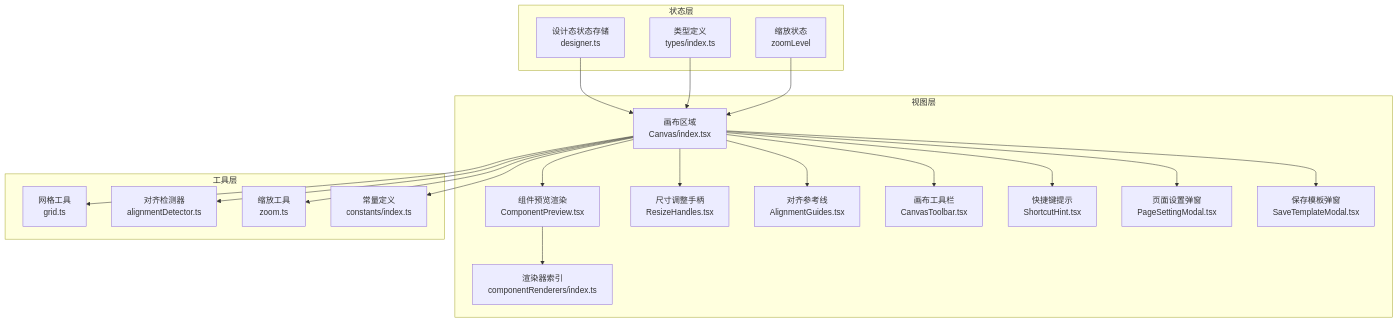
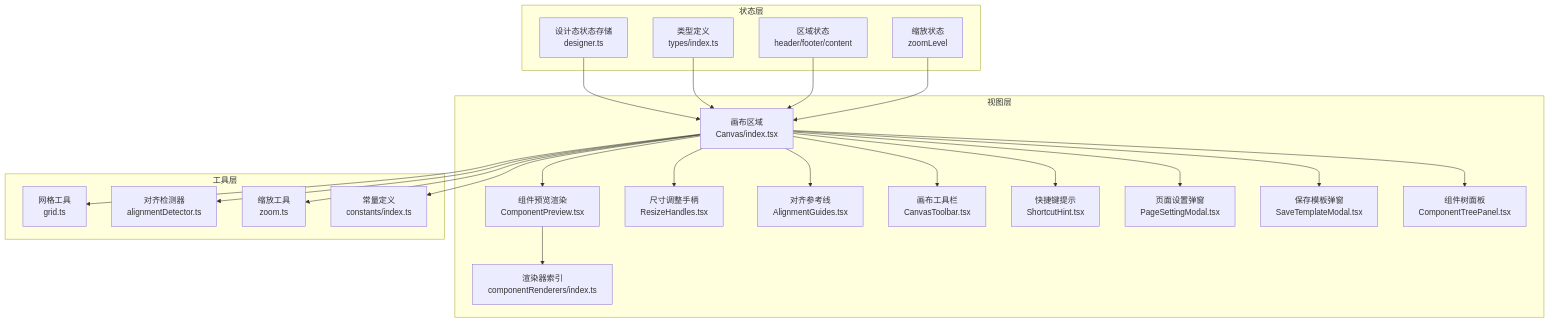
Before and after one commit to joker-yjc/printer: the second of 7 diagrams in .qoder/repowiki/zh/content/设计器前端应用/可视化设计界面/画布编辑器.md, drawn with Mermaid. The commit also changed other lines of this file and 16 other files, not shown here.

````diff
--- a/.qoder/repowiki/zh/content/设计器前端应用/可视化设计界面/画布编辑器.md
+++ b/.qoder/repowiki/zh/content/设计器前端应用/可视化设计界面/画布编辑器.md
@@ -136,40 +143,44 @@
 ```mermaid
 graph TB
 subgraph "状态层"
 Store["设计态状态存储<br/>designer.ts"]
 Types["类型定义<br/>types/index.ts"]
 ZoomStore["缩放状态<br/>zoomLevel"]
+RegionStore["区域状态<br/>header/footer/content"]
 end
 subgraph "视图层"
 Canvas["画布区域<br/>Canvas/index.tsx"]
 Preview["组件预览渲染<br/>ComponentPreview.tsx"]
 Renderers["渲染器索引<br/>componentRenderers/index.ts"]
 Resize["尺寸调整手柄<br/>ResizeHandles.tsx"]
 Guides["对齐参考线<br/>AlignmentGuides.tsx"]
 Toolbar["画布工具栏<br/>CanvasToolbar.tsx"]
 Shortcuts["快捷键提示<br/>ShortcutHint.tsx"]
 PageModal["页面设置弹窗<br/>PageSettingModal.tsx"]
 SaveModal["保存模板弹窗<br/>SaveTemplateModal.tsx"]
+TreePanel["组件树面板<br/>ComponentTreePanel.tsx"]
 end
 subgraph "工具层"
 Grid["网格工具<br/>grid.ts"]
 Detector["对齐检测器<br/>alignmentDetector.ts"]
 Zoom["缩放工具<br/>zoom.ts"]
 Consts["常量定义<br/>constants/index.ts"]
 end
 Store --> Canvas
 Types --> Canvas
 Canvas --> Preview
 Preview --> Renderers
 Canvas --> Resize
 Canvas --> Guides
 Canvas --> Toolbar
 Canvas --> Shortcuts
 Canvas --> PageModal
 Canvas --> SaveModal
+Canvas --> TreePanel
 Canvas --> Grid
 Canvas --> Detector
 Canvas --> Zoom
 Canvas --> Consts
+RegionStore --> Canvas
 ZoomStore --> Canvas
 ```
````
